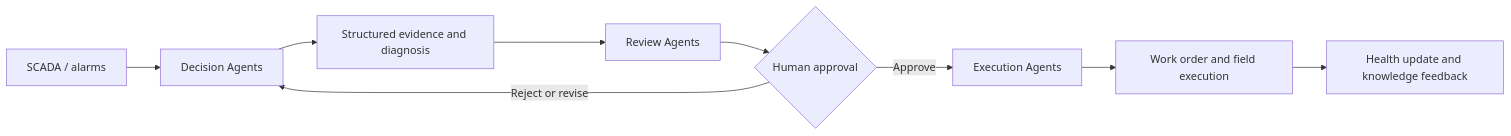
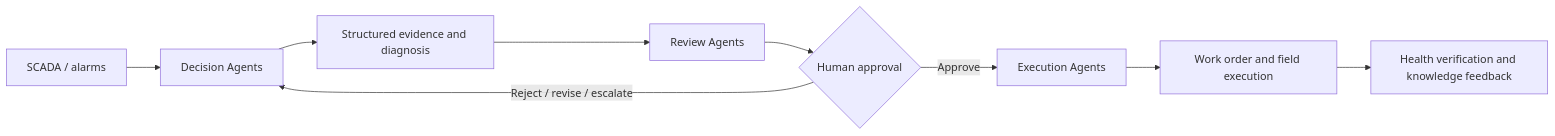
Before and after one commit to DAT4RIAN/OpenVigil: the second of 2 diagrams in README.md, drawn with Mermaid. The commit also changed other lines of this file, not shown here.

````diff
--- a/README.md
+++ b/README.md
@@ -108,11 +288,11 @@
 ```mermaid
 flowchart LR
   signals["SCADA / alarms"] --> decision["Decision Agents"]
   decision --> evidence["Structured evidence and diagnosis"]
   evidence --> review["Review Agents"]
   review --> human{"Human approval"}
   human -->|Approve| execution["Execution Agents"]
-  human -->|Reject or revise| decision
+  human -->|Reject / revise / escalate| decision
   execution --> workorder["Work order and field execution"]
-  workorder --> feedback["Health update and knowledge feedback"]
+  workorder --> feedback["Health verification and knowledge feedback"]
 ```
````
